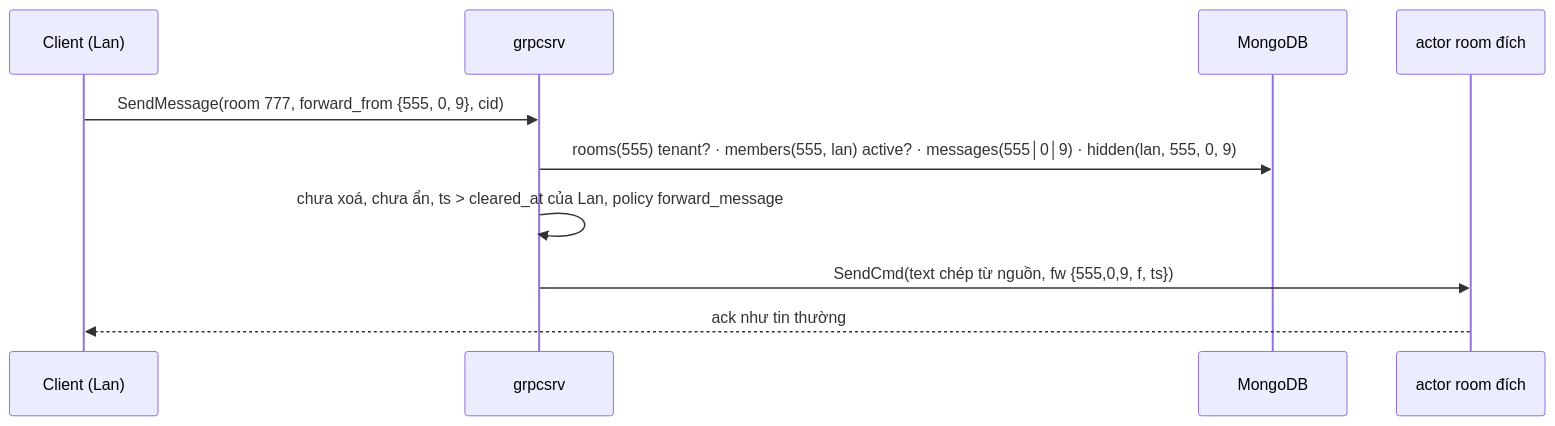
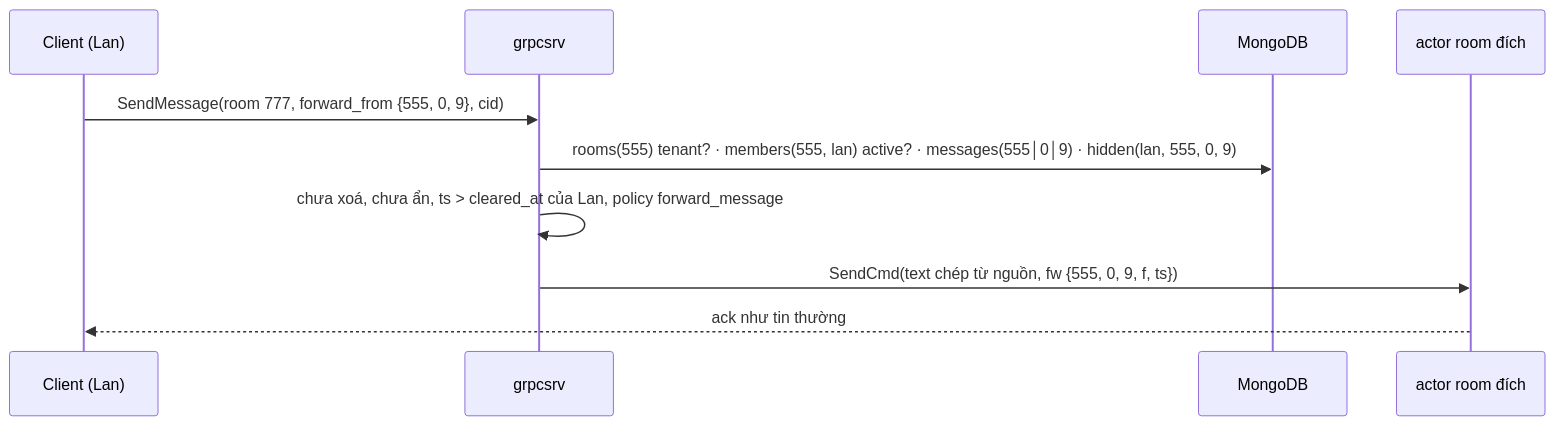
The third of 5 diagrams in docs/plans/2026-10-10-m2c-threads-mentions-summary.md (ivannguyendev/chatim), drawn with Mermaid before and after one commit. The commit also changed other lines of this file and 2 other files, not shown here.

````diff
--- a/docs/plans/2026-10-10-m2c-threads-mentions-summary.md
+++ b/docs/plans/2026-10-10-m2c-threads-mentions-summary.md
@@ -205,12 +208,12 @@
 ```mermaid
 sequenceDiagram
   participant C as Client (Lan)
   participant G as grpcsrv
   participant DB as MongoDB
   participant A as actor room đích
   C->>G: SendMessage(room 777, forward_from {555, 0, 9}, cid)
   G->>DB: rooms(555) tenant? · members(555, lan) active? · messages(555│0│9) · hidden(lan, 555, 0, 9)
   G->>G: chưa xoá, chưa ẩn, ts > cleared_at của Lan, policy forward_message
-  G->>A: SendCmd(text chép từ nguồn, fw {555,0,9, f, ts})
+  G->>A: SendCmd(text chép từ nguồn, fw {555, 0, 9, f, ts})
   A-->>C: ack như tin thường
 ```
````
